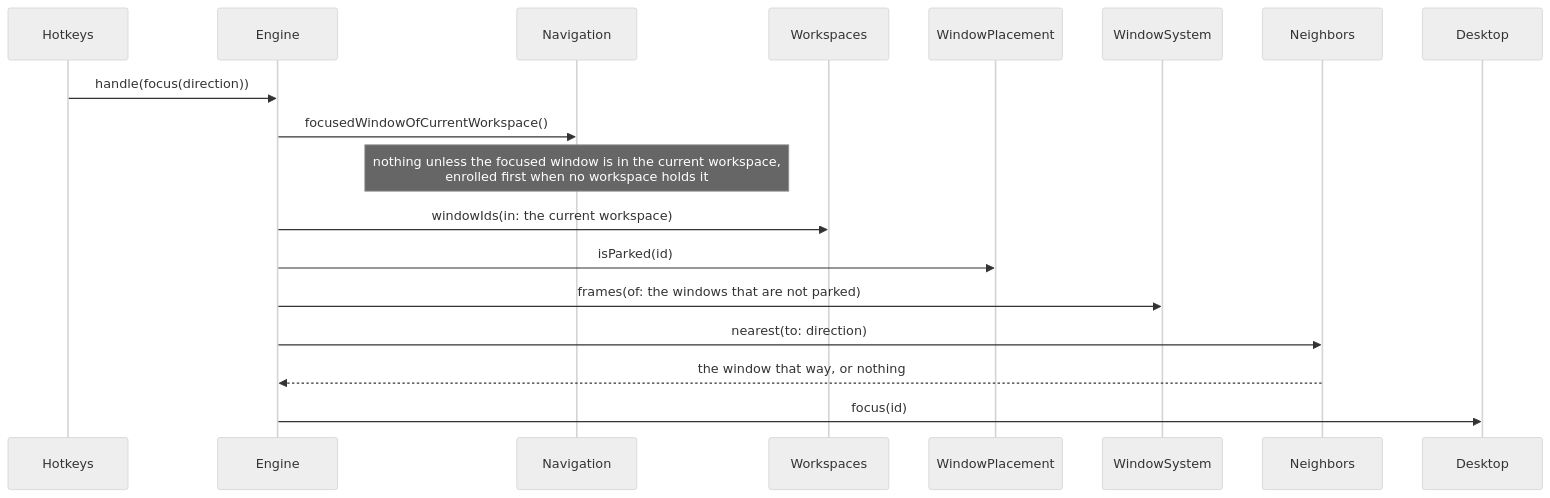
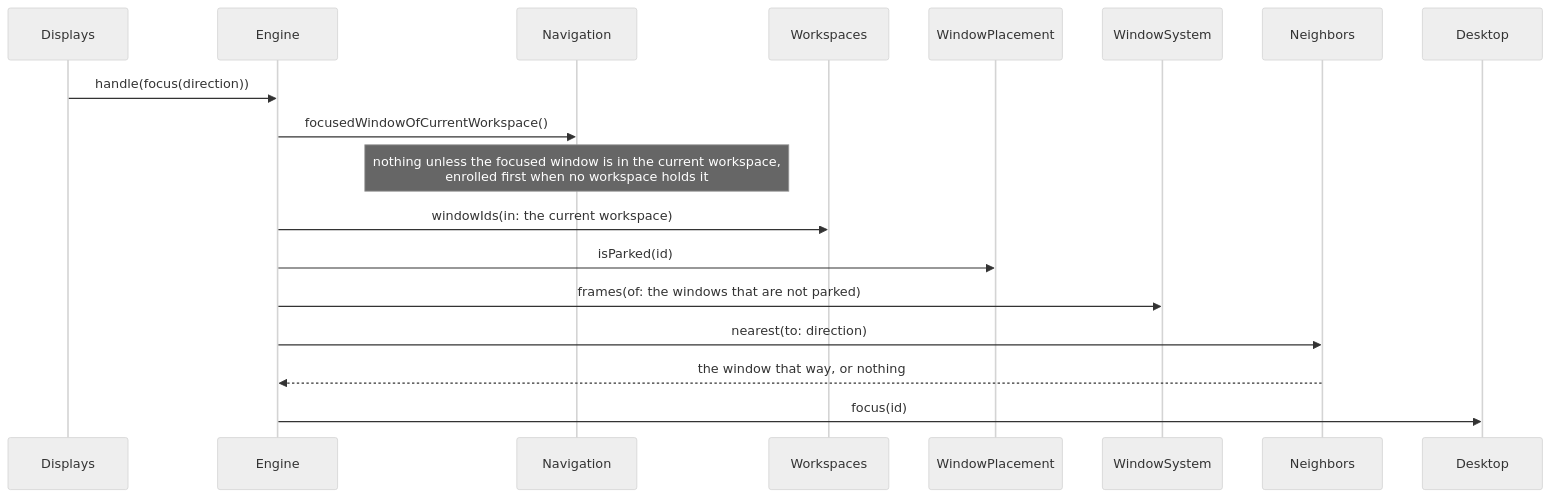
One commit to brennovich/ottowm changed diagram 14 of 26 in ARCHITECTURE.md. Above: the diagram before and after it, drawn with Mermaid (neutral theme). The commit also changed other lines of this file and 1 other file, not shown here.

First line of the commit message:
Document one engine and one Pager per display

````diff
--- a/ARCHITECTURE.md
+++ b/ARCHITECTURE.md
@@ -306,12 +365,12 @@
 ```mermaid
 sequenceDiagram
-    Hotkeys->>Engine: handle(focus(direction))
+    Displays->>Engine: handle(focus(direction))
     Engine->>Navigation: focusedWindowOfCurrentWorkspace()
     Note over Navigation: nothing unless the focused window is in the current workspace,<br/>enrolled first when no workspace holds it
     Engine->>Workspaces: windowIds(in: the current workspace)
     Engine->>WindowPlacement: isParked(id)
     Engine->>WindowSystem: frames(of: the windows that are not parked)
     Engine->>Neighbors: nearest(to: direction)
     Neighbors-->>Engine: the window that way, or nothing
     Engine->>Desktop: focus(id)
 ```
````
